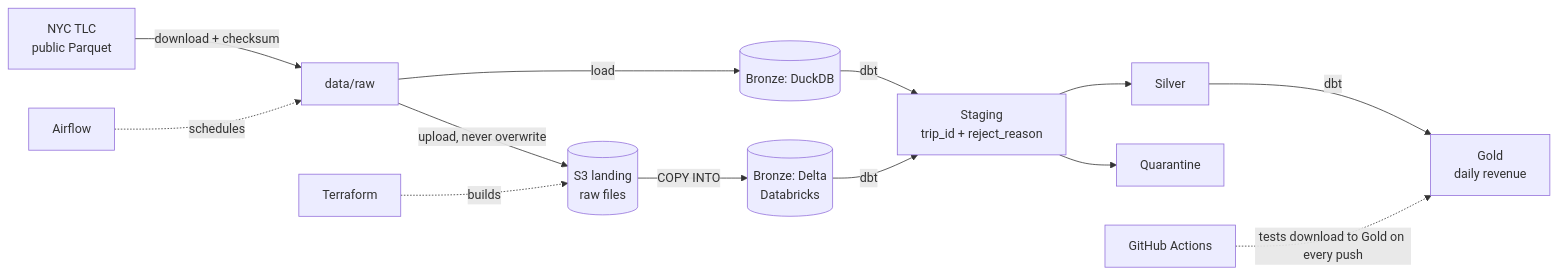
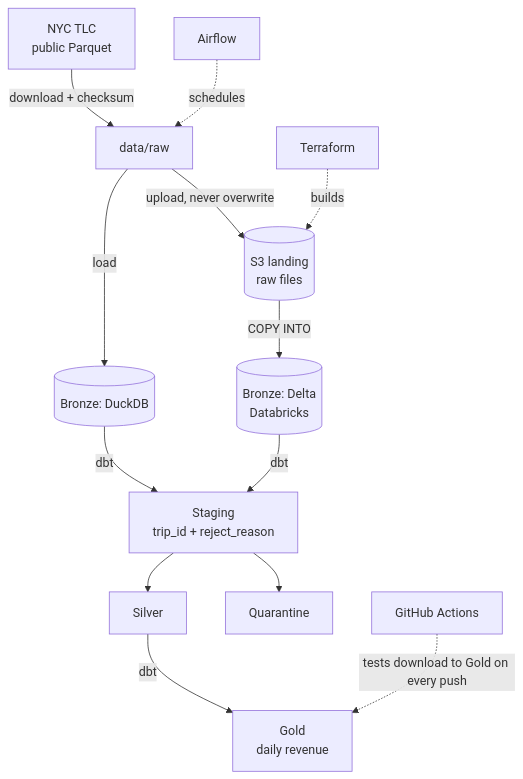
The second of 2 diagrams in docs/01-architecture/architecture-overview.md (shadmanArko/nyc-taxi-lakehouse), drawn with Mermaid before and after one commit. The commit also changed 5 other files, not shown here.

First line of the commit message:
docs: add GitHub screenshots and make architecture diagram top-to-bottom

````diff
--- a/docs/01-architecture/architecture-overview.md
+++ b/docs/01-architecture/architecture-overview.md
@@ -16,15 +16,15 @@
 ```mermaid
-flowchart LR
+flowchart TB
     TLC[NYC TLC<br/>public Parquet] -->|download + checksum| RAW[data/raw]
     RAW -->|upload, never overwrite| S3[(S3 landing<br/>raw files)]
     RAW -->|load| BD[(Bronze: DuckDB)]
     S3 -->|COPY INTO| BX[(Bronze: Delta<br/>Databricks)]
     BD -->|dbt| STG[Staging<br/>trip_id + reject_reason]
     BX -->|dbt| STG
     STG --> SLV[Silver]
     STG --> QRN[Quarantine]
     SLV -->|dbt| GLD[Gold<br/>daily revenue]
     AF[Airflow] -. schedules .-> RAW
     TF[Terraform] -. builds .-> S3
     GH[GitHub Actions] -. tests download to Gold on every push .-> GLD
 ```
````
